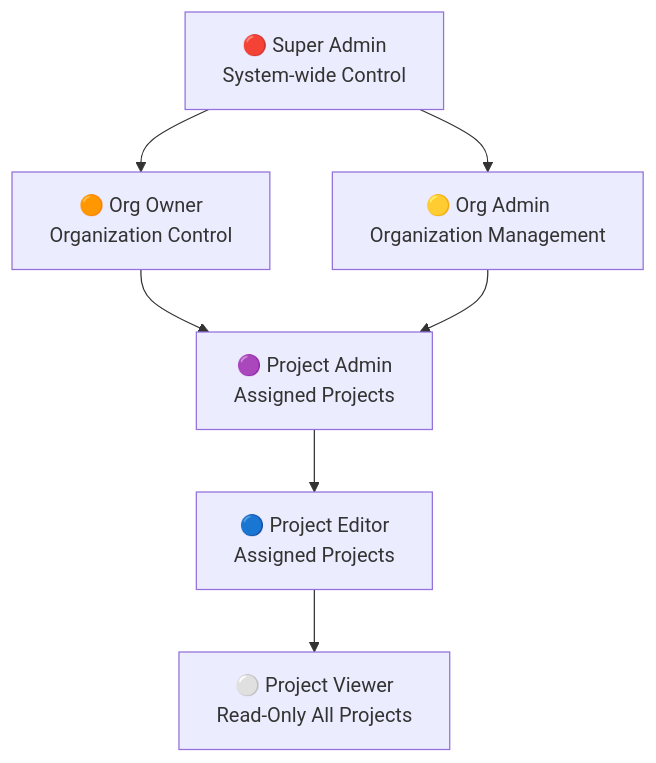
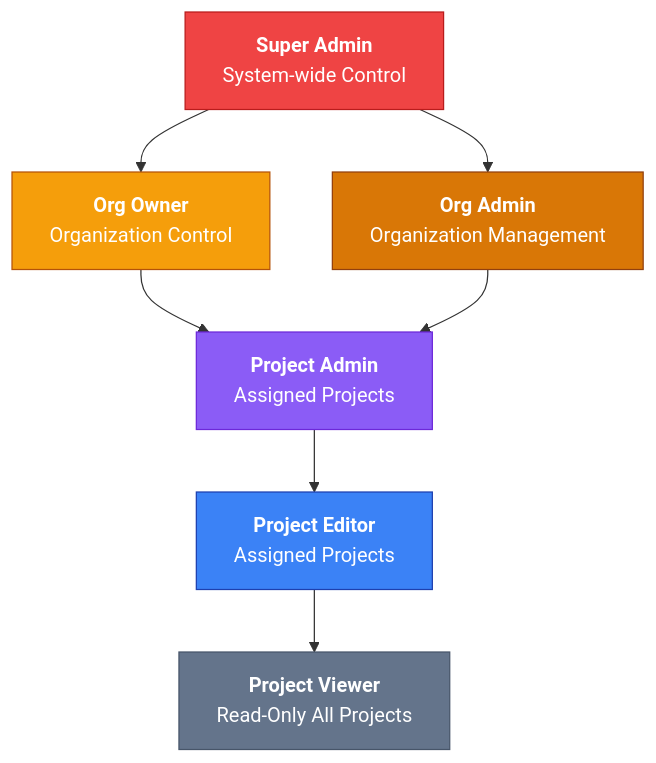
One commit to supercheck-io/supercheck changed the diagram in docs/content/docs/app/admin/roles-and-permissions.mdx. Above: the diagram before and after it, drawn with Mermaid. The commit also changed other lines of this file and 12 other files, not shown here.

First line of the commit message:
docs: refresh AI SRE docs, diagrams, and self-hosting flags (#308)

````diff
--- a/docs/content/docs/app/admin/roles-and-permissions.mdx
+++ b/docs/content/docs/app/admin/roles-and-permissions.mdx
@@ -26,16 +26,23 @@
 ```mermaid
 graph TD
-    SA["🔴 Super Admin<br/>System-wide Control"]
-    OO["🟠 Org Owner<br/>Organization Control"]
-    OA["🟡 Org Admin<br/>Organization Management"]
-    PA["🟣 Project Admin<br/>Assigned Projects"]
-    PE["🔵 Project Editor<br/>Assigned Projects"]
-    PV["⚪ Project Viewer<br/>Read-Only All Projects"]
+    SA["<b>Super Admin</b><br/>System-wide Control"]
+    OO["<b>Org Owner</b><br/>Organization Control"]
+    OA["<b>Org Admin</b><br/>Organization Management"]
+    PA["<b>Project Admin</b><br/>Assigned Projects"]
+    PE["<b>Project Editor</b><br/>Assigned Projects"]
+    PV["<b>Project Viewer</b><br/>Read-Only All Projects"]
 
     SA --> OO
     SA --> OA
     OO --> PA
     OA --> PA
     PA --> PE
     PE --> PV
+
+    style SA fill:#ef4444,stroke:#b91c1c,color:#fff
+    style OO fill:#f59e0b,stroke:#b45309,color:#fff
+    style OA fill:#d97706,stroke:#92400e,color:#fff
+    style PA fill:#8b5cf6,stroke:#6d28d9,color:#fff
+    style PE fill:#3b82f6,stroke:#1e40af,color:#fff
+    style PV fill:#64748b,stroke:#475569,color:#fff
 ```
````
